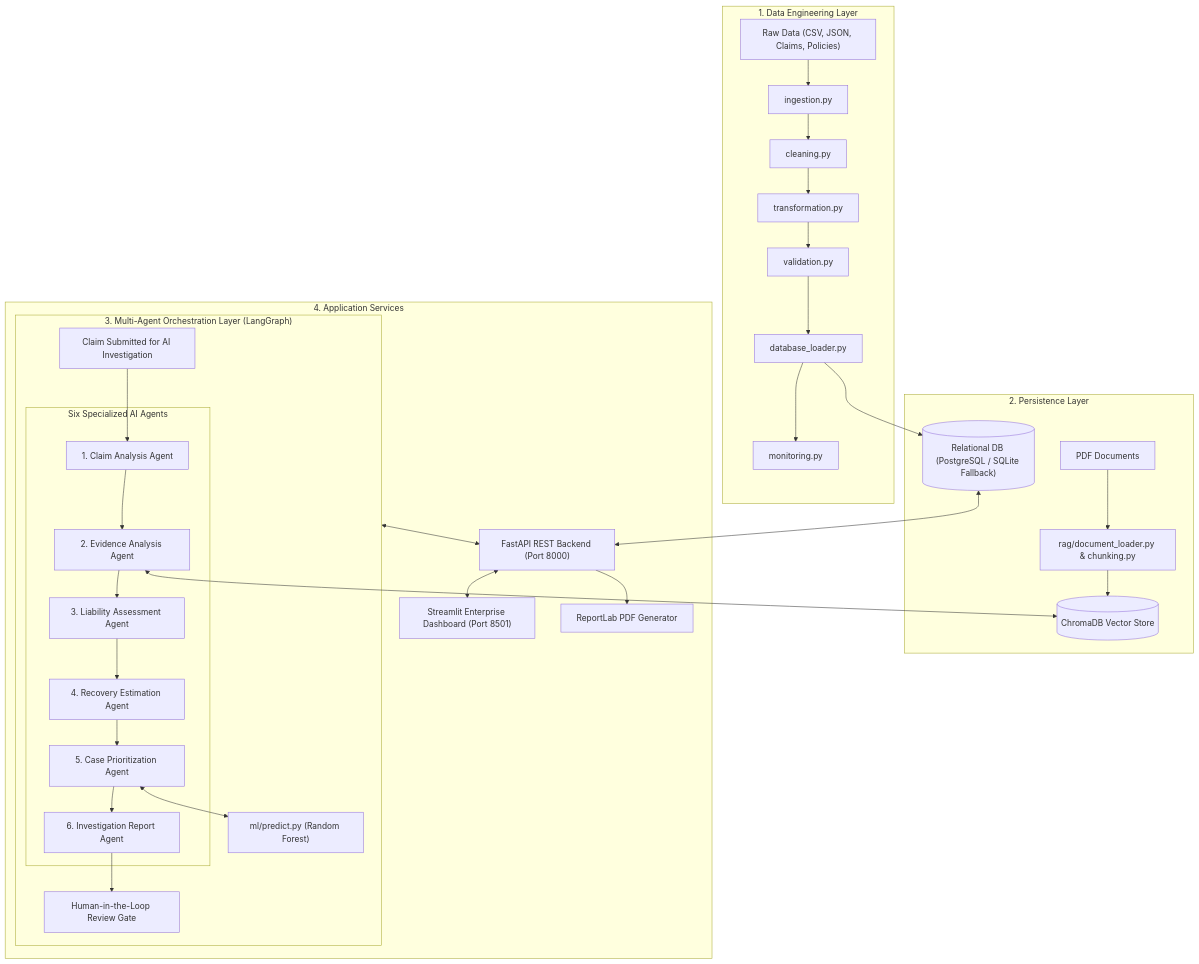
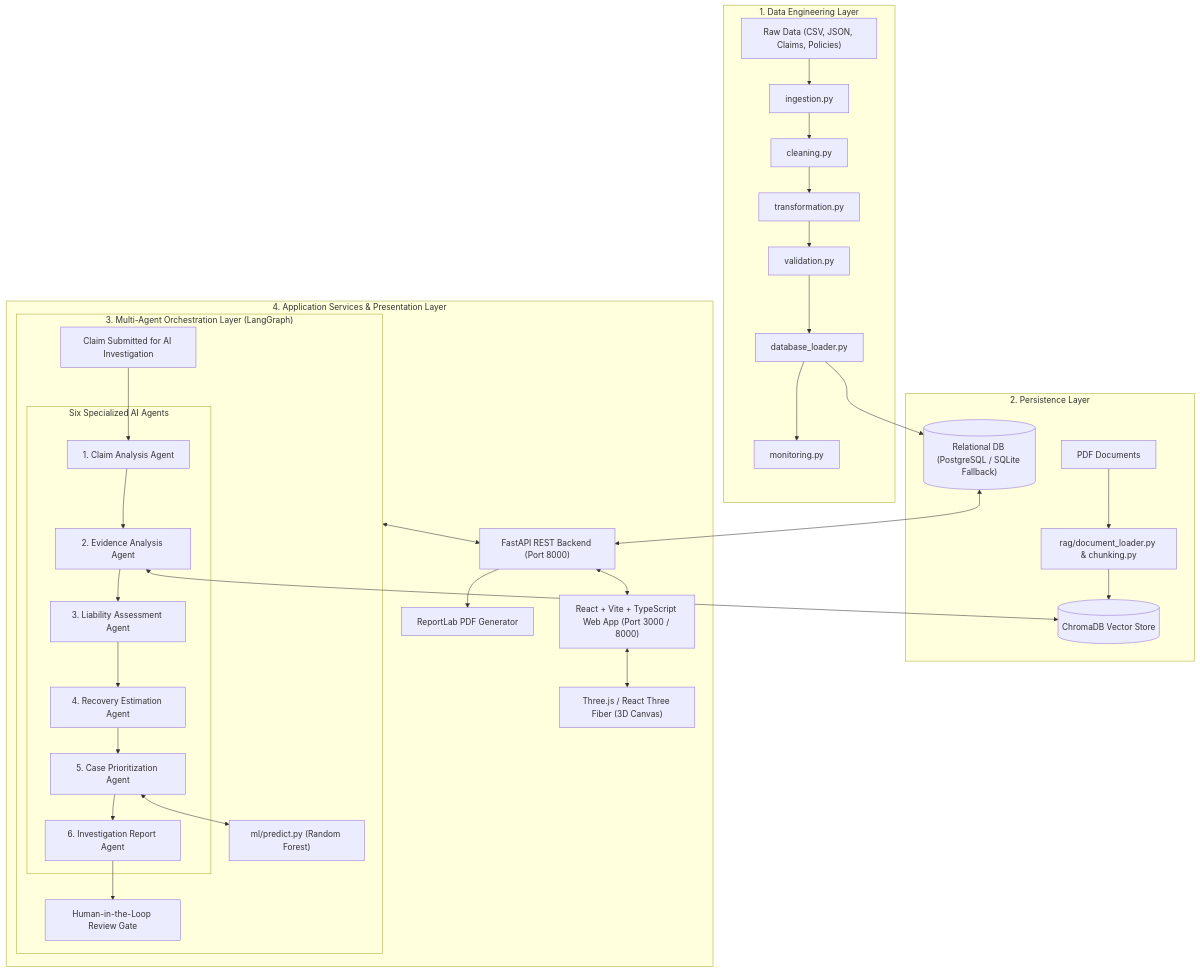
One commit to bugsnayan/SubroRecover-AI changed the diagram in README.md. Above: the diagram before and after it, drawn with Mermaid. The commit also changed other lines of this file and 142 other files, not shown here.

````diff
--- a/README.md
+++ b/README.md
@@ -44,51 +52,53 @@
 ```mermaid
 flowchart TD
     subgraph INGESTION["1. Data Engineering Layer"]
         RAW["Raw Data (CSV, JSON, Claims, Policies)"] --> INGEST["ingestion.py"]
         INGEST --> CLEAN["cleaning.py"]
         CLEAN --> TRANS["transformation.py"]
         TRANS --> VALID["validation.py"]
         VALID --> LOADER["database_loader.py"]
         LOADER --> MONITOR["monitoring.py"]
     end
 
     subgraph STORAGE["2. Persistence Layer"]
         LOADER --> DB[("Relational DB (PostgreSQL / SQLite Fallback)")]
         DOCS["PDF Documents"] --> RAG_CHUNKER["rag/document_loader.py & chunking.py"]
         RAG_CHUNKER --> VEC_DB[("ChromaDB Vector Store")]
     end
 
     subgraph ORCHESTRATION["3. Multi-Agent Orchestration Layer (LangGraph)"]
         START_CLAIM["Claim Submitted for AI Investigation"] --> AG1
         
         subgraph AGENTS["Six Specialized AI Agents"]
             AG1["1. Claim Analysis Agent"]
             AG2["2. Evidence Analysis Agent"]
             AG3["3. Liability Assessment Agent"]
             AG4["4. Recovery Estimation Agent"]
             AG5["5. Case Prioritization Agent"]
             AG6["6. Investigation Report Agent"]
         end
         
         AG1 --> AG2
         AG2 --> AG3
         AG3 --> AG4
         AG4 --> AG5
         AG5 --> AG6
         AG6 --> HITL["Human-in-the-Loop Review Gate"]
         
         AG2 <--> VEC_DB
         AG5 <--> ML_MODEL["ml/predict.py (Random Forest)"]
     end
 
-    subgraph SERVICES["4. Application Services"]
+    subgraph SERVICES["4. Application Services & Presentation Layer"]
         API["FastAPI REST Backend (Port 8000)"]
-        UI["Streamlit Enterprise Dashboard (Port 8501)"]
+        WEB["React + Vite + TypeScript Web App (Port 3000 / 8000)"]
         PDF["ReportLab PDF Generator"]
+        THREE["Three.js / React Three Fiber (3D Canvas)"]
         
         DB <--> API
         ORCHESTRATION <--> API
         API --> PDF
-        API <--> UI
+        API <--> WEB
+        WEB <--> THREE
     end
 ```
````
